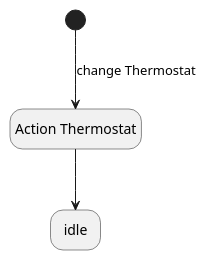
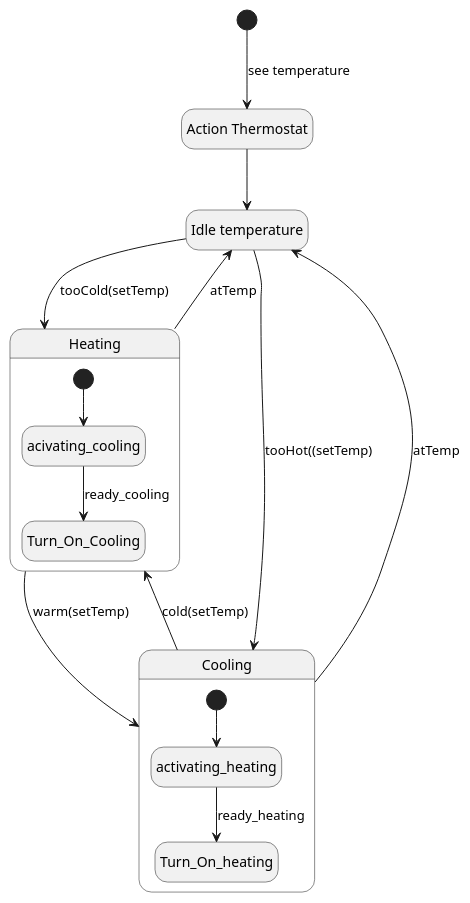
One commit to StefanBStrand/SETGruppe11HIOF changed the diagram in Diagrams/ActionThermostat.puml. Above: the diagram before and after it, drawn with PlantUML. The commit also changed 2 other files, not shown here.

Commit message:
Lagt til flere diagrammer tilhørende flere tilstander.

```diff
--- a/Diagrams/ActionThermostat.puml
+++ b/Diagrams/ActionThermostat.puml
@@ -1,11 +1,38 @@
 @startuml
 'https://plantuml.com/state-diagram
 hide empty description
 
 state "Action Thermostat" as actionthermo
-[*] --> actionthermo : change Thermostat
+[*] --> actionthermo : see temperature
+
+state "Idle temperature" as idle
 
 actionthermo --> idle
 
 
+state Heating {
+ [*] --> acivating_cooling
+ acivating_cooling --> Turn_On_Cooling : ready_cooling
+}
+
+idle --> Heating : tooCold(setTemp)
+
+Heating --> Cooling : warm(setTemp)
+
+Heating --> idle : atTemp
+
+state Cooling {
+ [*] --> activating_heating
+ activating_heating --> Turn_On_heating : ready_heating
+}
+
+idle --> Cooling : tooHot((setTemp)
+
+Cooling --> Heating : cold(setTemp)
+
+Cooling --> idle : atTemp
+
+
+
+
 @enduml
```
